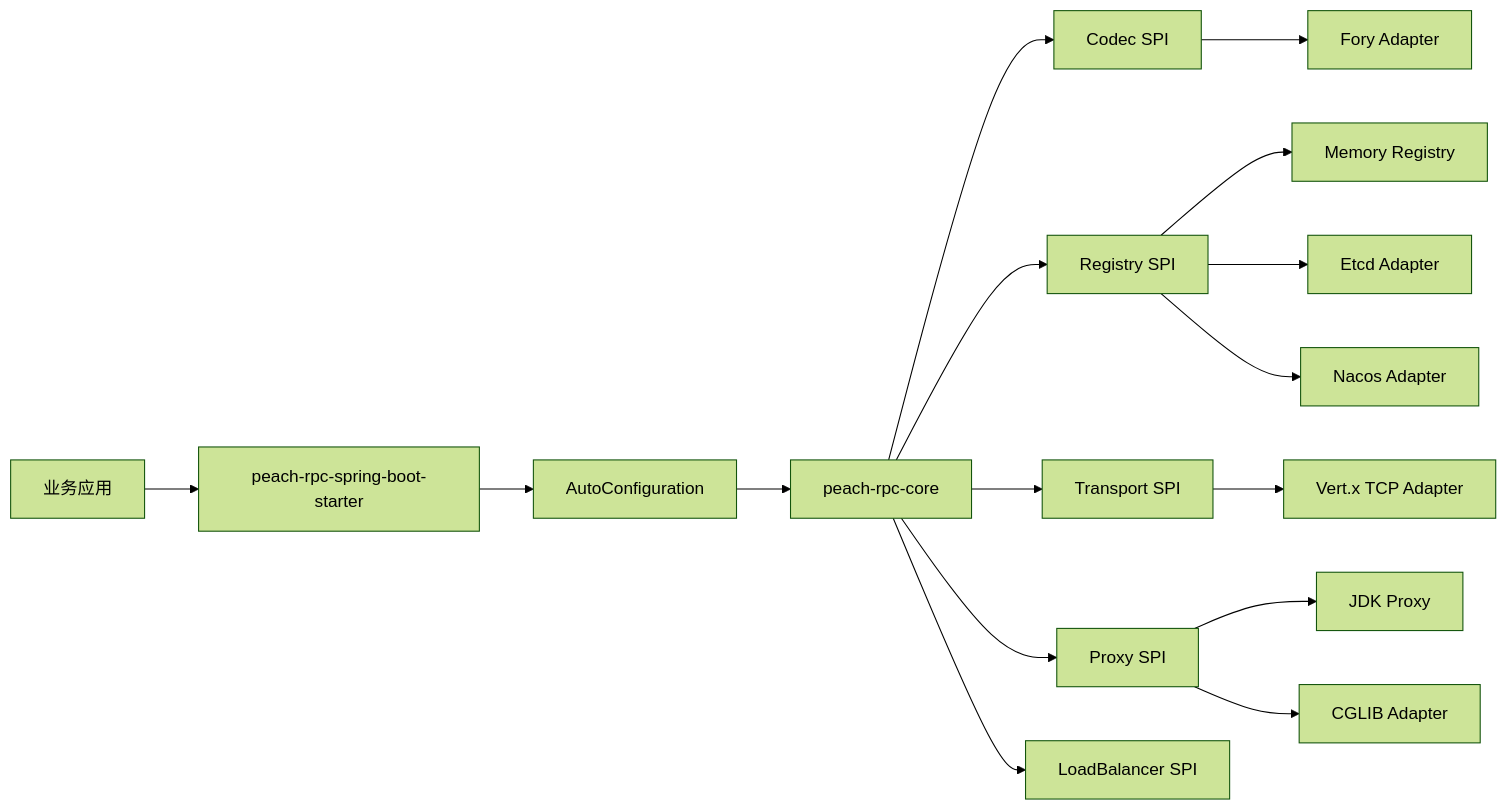
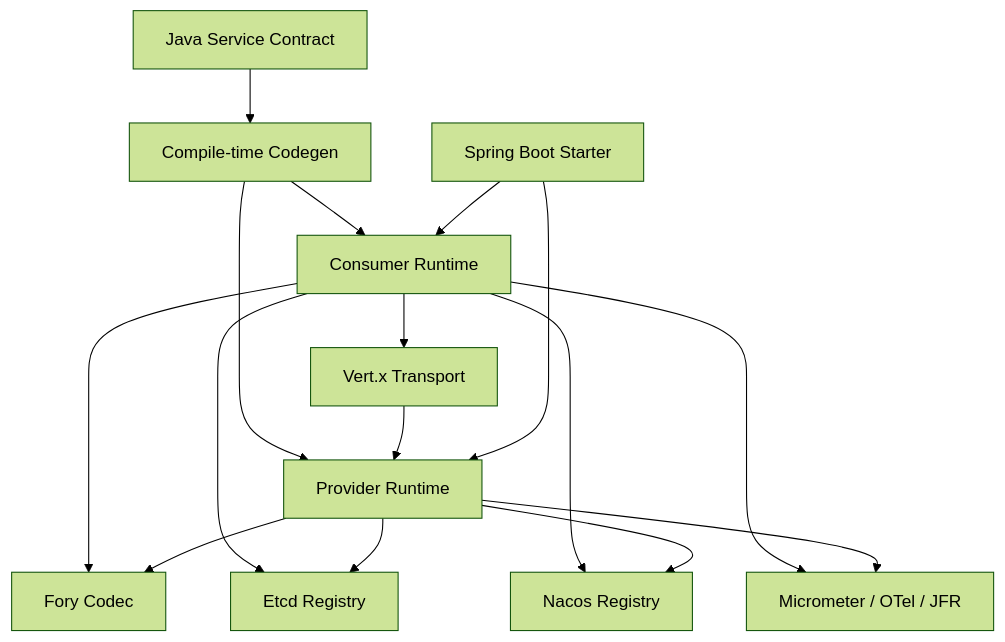
The diagram in README.md (Ryan-Guizhou/peach-rpc), drawn with Mermaid (forest theme) before and after one commit. The commit also changed other lines of this file, not shown here.

````diff
--- a/README.md
+++ b/README.md
@@ -48,18 +42,28 @@
 ```mermaid
-flowchart LR
-    App[业务应用] --> Starter[peach-rpc-spring-boot-starter]
-    Starter --> Auto[AutoConfiguration]
-    Auto --> Core[peach-rpc-core]
-    Core --> Codec[Codec SPI]
-    Core --> Registry[Registry SPI]
-    Core --> Transport[Transport SPI]
-    Core --> Proxy[Proxy SPI]
-    Core --> LB[LoadBalancer SPI]
-    Codec --> Fory[Fory Adapter]
-    Registry --> Memory[Memory Registry]
-    Registry --> Etcd[Etcd Adapter]
-    Registry --> Nacos[Nacos Adapter]
-    Transport --> Vertx[Vert.x TCP Adapter]
-    Proxy --> Jdk[JDK Proxy]
-    Proxy --> Cglib[CGLIB Adapter]
+flowchart TB
+    Contract[Java Service Contract]
+    Codegen[Compile-time Codegen]
+    Client[Consumer Runtime]
+    Server[Provider Runtime]
+    Fory[Fory Codec]
+    Vertx[Vert.x Transport]
+    Etcd[Etcd Registry]
+    Nacos[Nacos Registry]
+    Obs[Micrometer / OTel / JFR]
+    Starter[Spring Boot Starter]
+
+    Contract --> Codegen
+    Codegen --> Client
+    Codegen --> Server
+    Client --> Vertx --> Server
+    Client --> Fory
+    Server --> Fory
+    Client --> Etcd
+    Client --> Nacos
+    Server --> Etcd
+    Server --> Nacos
+    Client --> Obs
+    Server --> Obs
+    Starter --> Client
+    Starter --> Server
 ```
````
